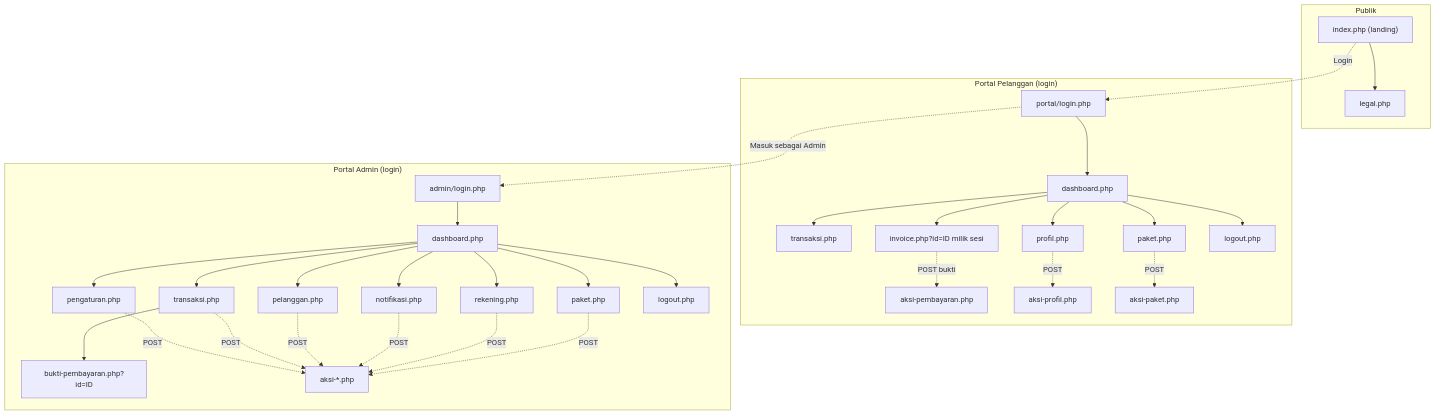
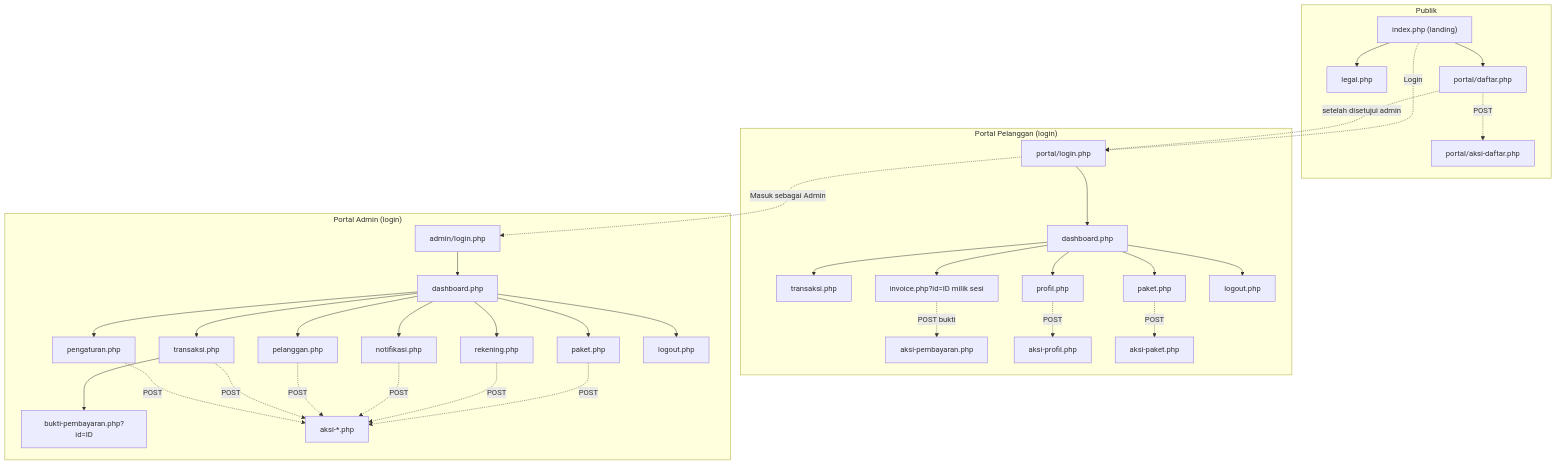
Before and after one commit to mramdann/rknet: the seventh of 7 diagrams in docs/DOKUMENTASI.md, drawn with Mermaid. The commit also changed other lines of this file and 37 other files, not shown here.

````diff
--- a/docs/DOKUMENTASI.md
+++ b/docs/DOKUMENTASI.md
@@ -349,24 +359,27 @@
 ```mermaid
 flowchart TD
     subgraph Publik
       IDX["index.php (landing)"] --> LEG["legal.php"]
+      IDX --> REG["portal/daftar.php"]
+      REG -. POST .-> XREG["portal/aksi-daftar.php"]
     end
     subgraph Portal["Portal Pelanggan (login)"]
       PL["portal/login.php"] --> PD["dashboard.php"]
       PD --> PT["transaksi.php"] & PI["invoice.php?id=ID milik sesi"] & PP["paket.php"] & PR["profil.php"]
       PI -. "POST bukti" .-> XPB["aksi-pembayaran.php"]
       PR -. POST .-> XPR["aksi-profil.php"]
       PP -. POST .-> XPP["aksi-paket.php"]
       PD --> PLO["logout.php"]
     end
     subgraph Admin["Portal Admin (login)"]
       AL["admin/login.php"] --> AD["dashboard.php"]
       AD --> APEL["pelanggan.php"] & APAK["paket.php"] & ATR["transaksi.php"]
       AD --> ARK["rekening.php"] & ANO["notifikasi.php"] & APE["pengaturan.php"]
       ATR --> ABP["bukti-pembayaran.php?id=ID"]
       APAK & ARK & ANO & APEL & ATR & APE -. POST .-> AX["aksi-*.php"]
       AD --> ALO["logout.php"]
     end
     IDX -. "Login" .-> PL
+    REG -. "setelah disetujui admin" .-> PL
     PL -. "Masuk sebagai Admin" .-> AL
 ```
````
